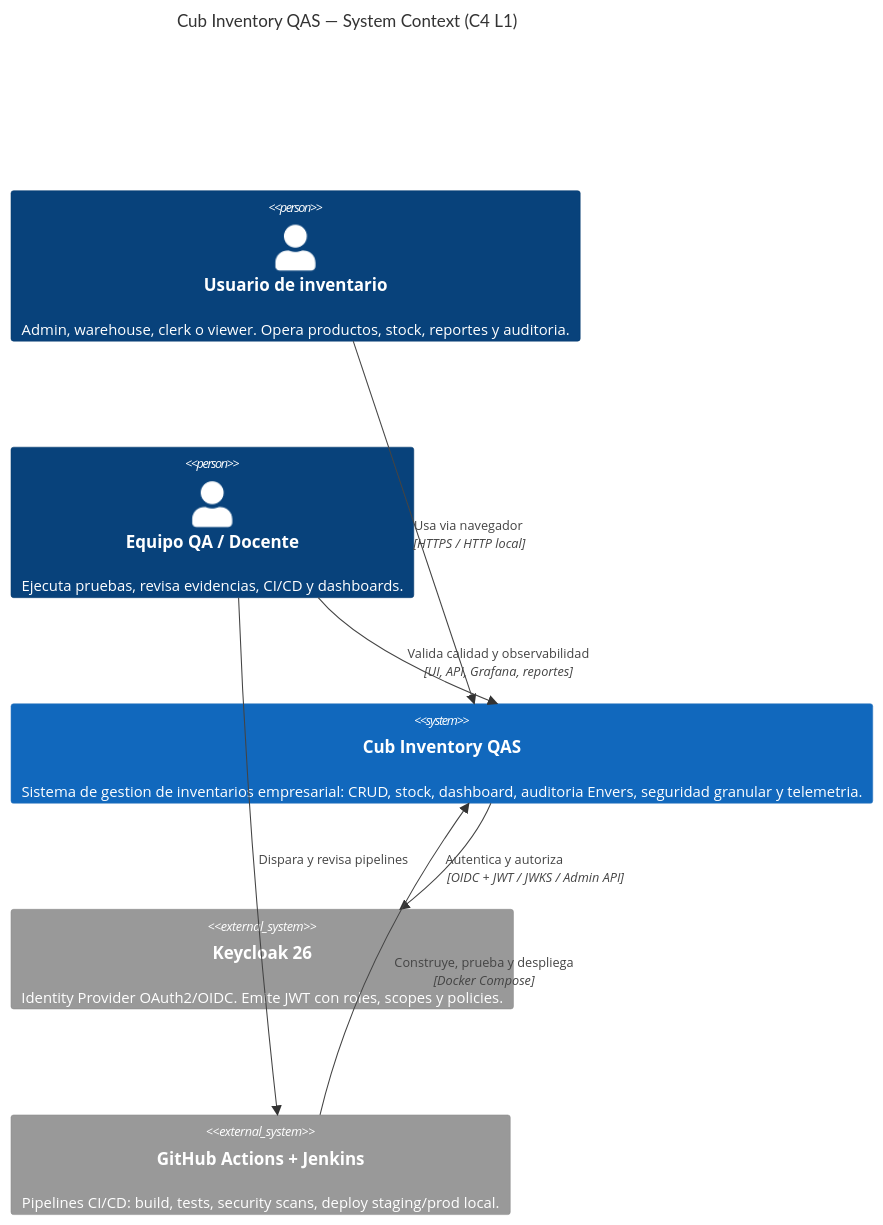
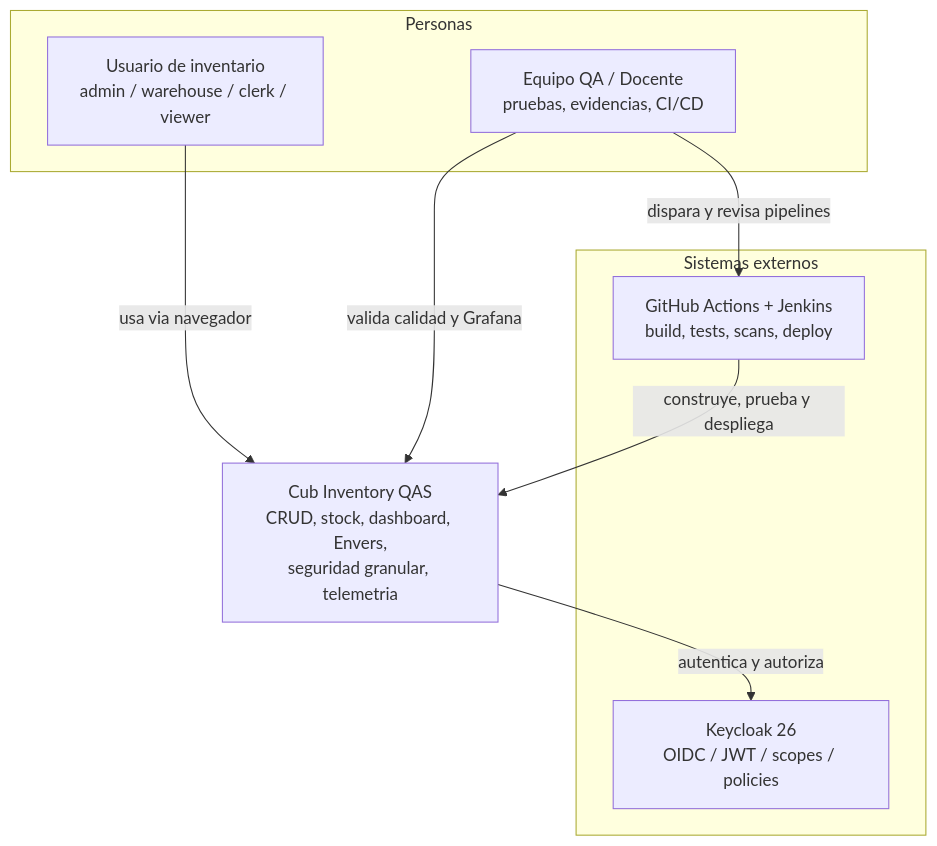
Before and after one commit to carolinabencosme/quality_assurance: the first of 12 diagrams in docs/architecture.md, drawn with Mermaid. The commit also changed other lines of this file, not shown here.

First line of the commit message:
fix(docs): render C4 diagrams as compatible Mermaid flowcharts

````diff
--- a/docs/architecture.md
+++ b/docs/architecture.md
@@ -27,18 +29,20 @@
 ```mermaid
-C4Context
-title Cub Inventory QAS — System Context (C4 L1)
+flowchart TB
+  subgraph personas["Personas"]
+    user["Usuario de inventario<br/>admin / warehouse / clerk / viewer"]
+    qa["Equipo QA / Docente<br/>pruebas, evidencias, CI/CD"]
+  end
 
-Person(user, "Usuario de inventario", "Admin, warehouse, clerk o viewer. Opera productos, stock, reportes y auditoria.")
-Person(qa, "Equipo QA / Docente", "Ejecuta pruebas, revisa evidencias, CI/CD y dashboards.")
+  cub["Cub Inventory QAS<br/>CRUD, stock, dashboard, Envers,<br/>seguridad granular, telemetria"]
 
-System(cub, "Cub Inventory QAS", "Sistema de gestion de inventarios empresarial: CRUD, stock, dashboard, auditoria Envers, seguridad granular y telemetria.")
+  subgraph externos["Sistemas externos"]
+    idp["Keycloak 26<br/>OIDC / JWT / scopes / policies"]
+    ci["GitHub Actions + Jenkins<br/>build, tests, scans, deploy"]
+  end
 
-System_Ext(idp, "Keycloak 26", "Identity Provider OAuth2/OIDC. Emite JWT con roles, scopes y policies.")
-System_Ext(ci, "GitHub Actions + Jenkins", "Pipelines CI/CD: build, tests, security scans, deploy staging/prod local.")
-
-Rel(user, cub, "Usa via navegador", "HTTPS / HTTP local")
-Rel(qa, cub, "Valida calidad y observabilidad", "UI, API, Grafana, reportes")
-Rel(qa, ci, "Dispara y revisa pipelines")
-Rel(cub, idp, "Autentica y autoriza", "OIDC + JWT / JWKS / Admin API")
-Rel(ci, cub, "Construye, prueba y despliega", "Docker Compose")
+  user -->|"usa via navegador"| cub
+  qa -->|"valida calidad y Grafana"| cub
+  qa -->|"dispara y revisa pipelines"| ci
+  cub -->|"autentica y autoriza"| idp
+  ci -->|"construye, prueba y despliega"| cub
 ```
````
